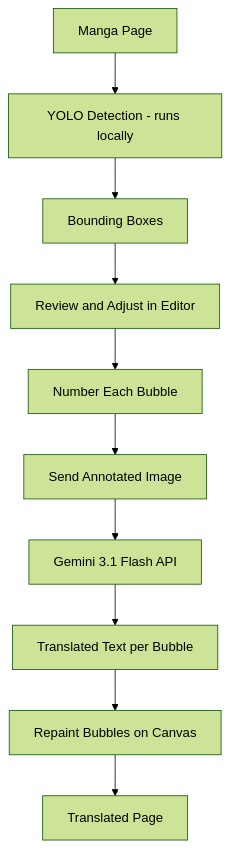
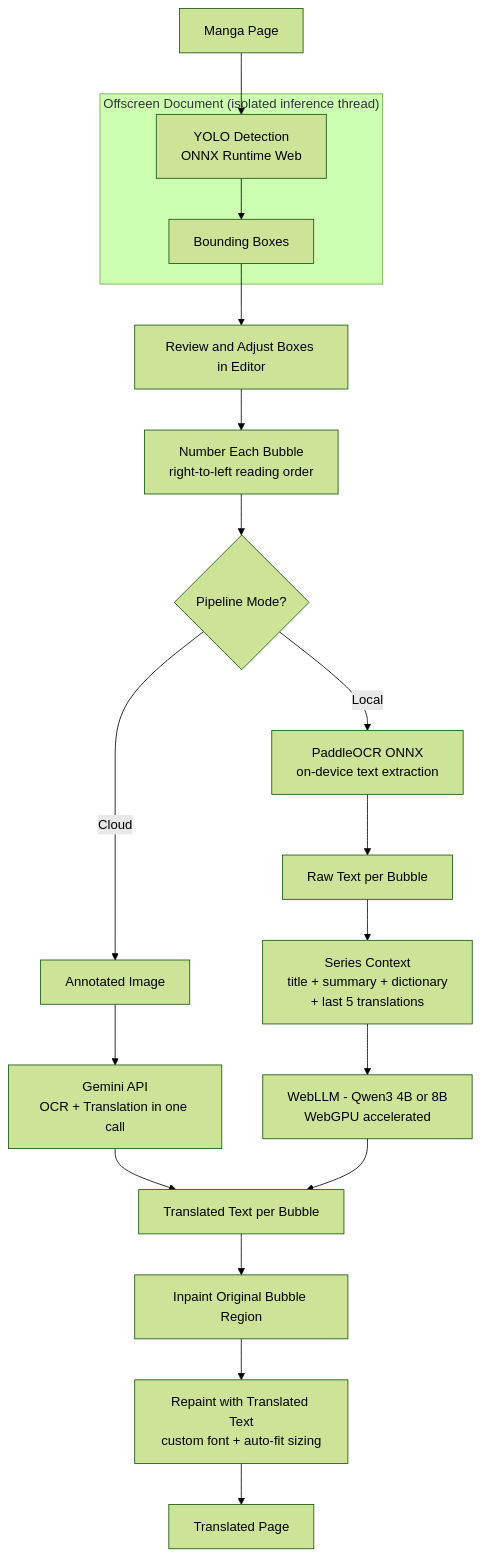
The diagram in README.md (kiuyha/ComicTL), drawn with Mermaid (forest theme) before and after one commit. The commit also changed other lines of this file, not shown here.

````diff
--- a/README.md
+++ b/README.md
@@ -13,12 +23,35 @@
 ```mermaid
 graph TD
-    Img[Manga Page] --> Detect[YOLO Detection - runs locally]
-    Detect --> Boxes[Bounding Boxes]
-    Boxes --> Refine[Review and Adjust in Editor]
-    Refine --> Annotate[Number Each Bubble]
-    Annotate --> Prompt[Send Annotated Image]
-    Prompt --> Gemini[Gemini 3.1 Flash API]
-    Gemini --> Text[Translated Text per Bubble]
-    Text --> Paint[Repaint Bubbles on Canvas]
+    Img[Manga Page] --> Detect
+
+    subgraph offscreen ["Offscreen Document (isolated inference thread)"]
+        Detect["YOLO Detection
+ONNX Runtime Web"]
+        Detect --> Boxes[Bounding Boxes]
+    end
+
+    Boxes --> Refine[Review and Adjust Boxes in Editor]
+    Refine --> Annotate["Number Each Bubble
+right-to-left reading order"]
+    Annotate --> Mode{Pipeline Mode?}
+
+    Mode -->|Cloud| CloudImg[Annotated Image]
+    CloudImg --> Gemini["Gemini API
+OCR + Translation in one call"]
+    Gemini --> Text
+
+    Mode -->|Local| OCR["PaddleOCR ONNX
+on-device text extraction"]
+    OCR --> Raw[Raw Text per Bubble]
+    Raw --> Ctx["Series Context
+title + summary + dictionary
++ last 5 translations"]
+    Ctx --> LLM["WebLLM - Qwen3 4B or 8B
+WebGPU accelerated"]
+    LLM --> Text[Translated Text per Bubble]
+
+    Text --> Inpaint[Inpaint Original Bubble Region]
+    Inpaint --> Paint["Repaint with Translated Text
+custom font + auto-fit sizing"]
     Paint --> Result[Translated Page]
 ```
````
